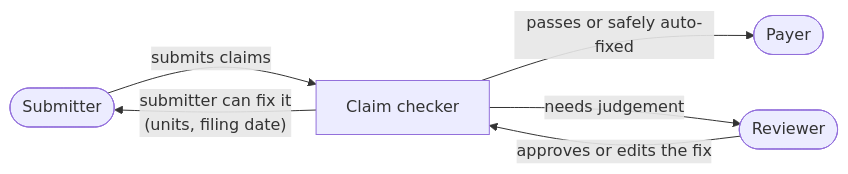
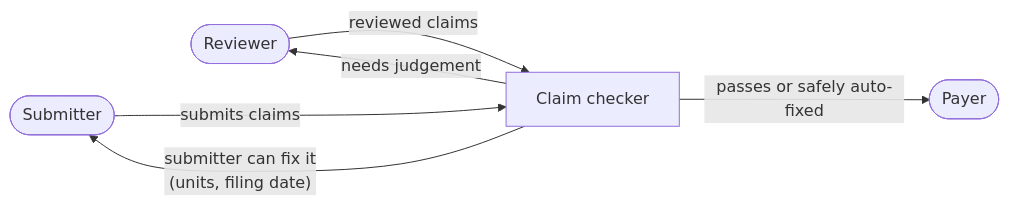
The second of 2 diagrams in README.md (BicknellF/resonance-take-home), drawn with Mermaid before and after one commit. The commit also changed other lines of this file and 1 other file, not shown here.

Commit message:
README diagrams: reviewer under the checker, submitter fixes loop back

````diff
--- a/README.md
+++ b/README.md
@@ -229,8 +230,10 @@
 ```mermaid
 flowchart LR
-    S([Submitter]) -->|submits claims| A[Claim checker]
+    %% Edge order matters: it puts the reviewer under the main row, feeding into the checker's left side.
+    S([Submitter]) ~~~ R([Reviewer])
+    S -->|submits claims| A[Claim checker]
+    R -->|reviewed claims| A
     A -->|passes or safely auto-fixed| P([Payer])
     A -->|"submitter can fix it<br>(units, filing date)"| S
-    A -->|needs judgement| R([Reviewer])
-    R -->|approves or edits the fix| A
+    A -->|needs judgement| R
 ```
````
